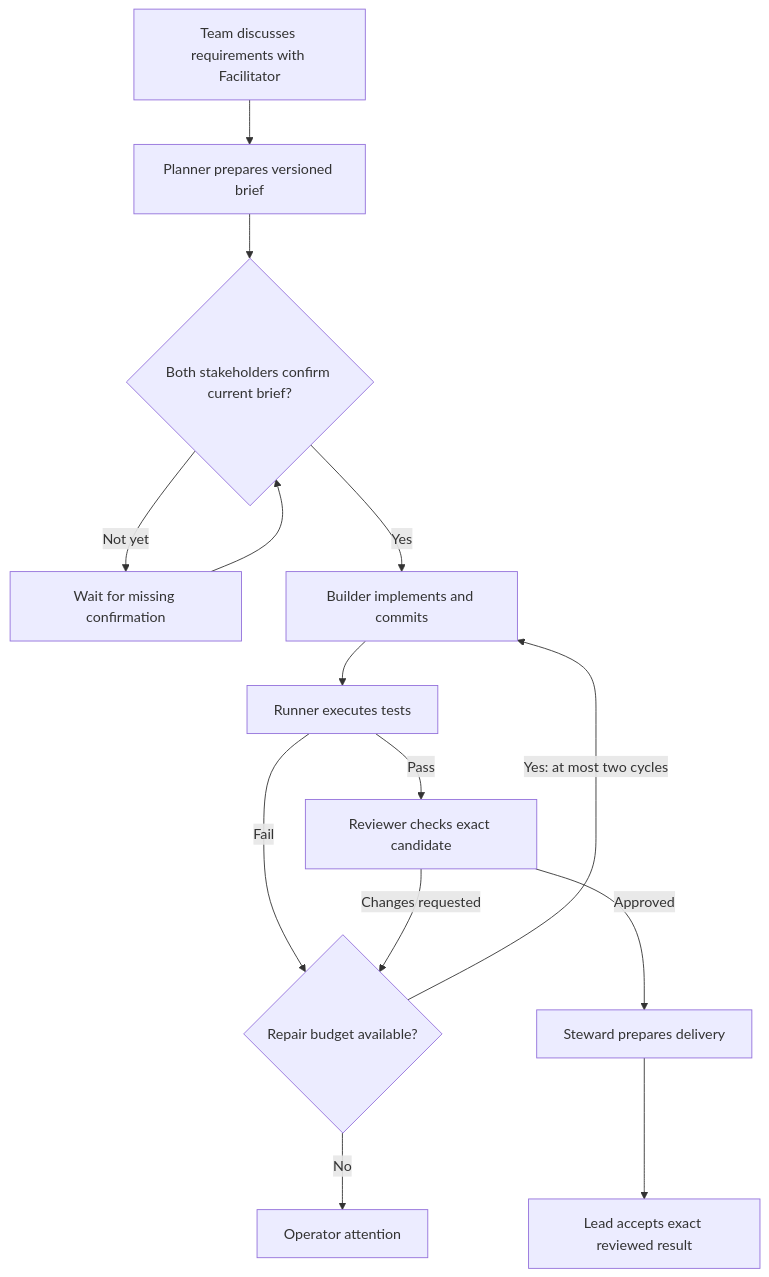
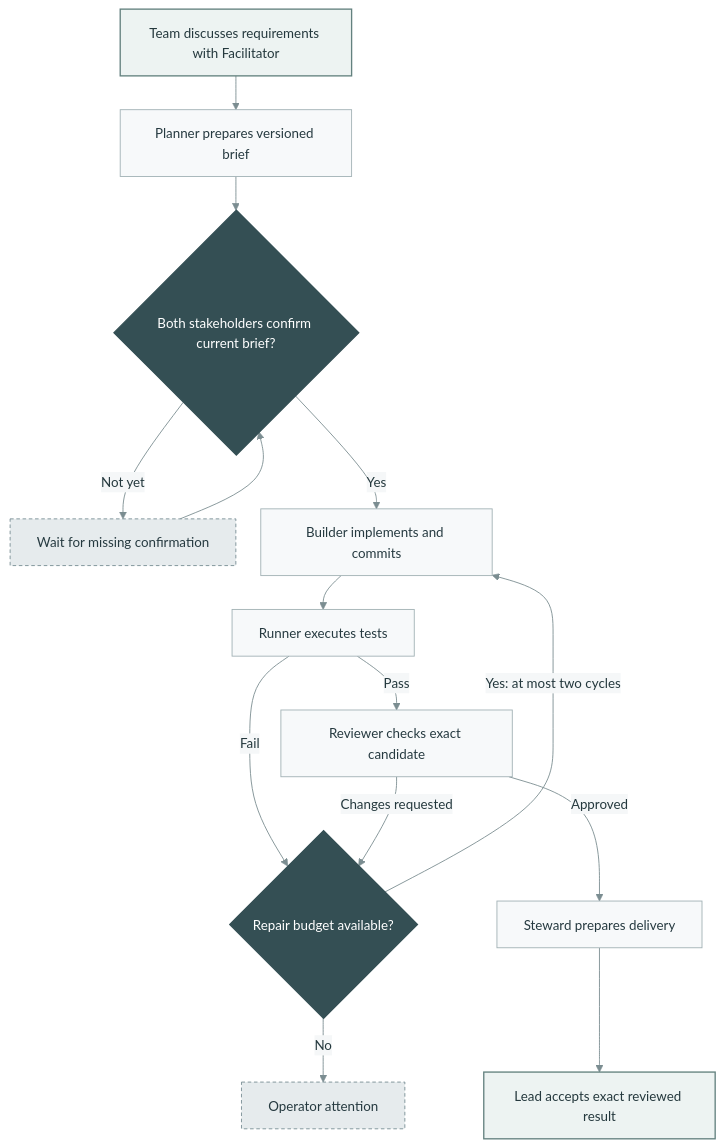
One commit to Pranay22077/pactroom changed the first of 2 diagrams in README.md. Above: the diagram before and after it, drawn with Mermaid. The commit also changed other lines of this file and 5 other files, not shown here.

````diff
--- a/README.md
+++ b/README.md
@@ -26,16 +32,26 @@
 ```mermaid
+%%{init: {"theme":"base","themeVariables":{"primaryColor":"#EDF3F2","primaryTextColor":"#24383D","primaryBorderColor":"#63817F","lineColor":"#7B8D91","secondaryColor":"#F5F7F8","tertiaryColor":"#E3EBED","fontFamily":"Arial, sans-serif","fontSize":"15px"},"flowchart":{"curve":"basis","nodeSpacing":28,"rankSpacing":38}}}%%
 flowchart TD
     Discuss[Team discusses requirements with Facilitator] --> Plan[Planner prepares versioned brief]
     Plan --> Gate{Both stakeholders confirm current brief?}
     Gate -->|Not yet| Wait[Wait for missing confirmation]
     Wait --> Gate
     Gate -->|Yes| Build[Builder implements and commits]
     Build --> Tests[Runner executes tests]
     Tests -->|Pass| Review[Reviewer checks exact candidate]
     Tests -->|Fail| Repair{Repair budget available?}
     Review -->|Changes requested| Repair
     Repair -->|Yes: at most two cycles| Build
     Repair -->|No| Attention[Operator attention]
     Review -->|Approved| Steward[Steward prepares delivery]
     Steward --> Accept[Lead accepts exact reviewed result]
+
+    classDef human fill:#EDF3F2,stroke:#63817F,color:#24383D,stroke-width:1.5px;
+    classDef process fill:#F7F9FA,stroke:#A1B1B4,color:#263A40;
+    classDef control fill:#344F54,stroke:#344F54,color:#FFFFFF,stroke-width:1.5px;
+    classDef hold fill:#E6EBED,stroke:#778C93,color:#263A40,stroke-dasharray:4 3;
+    class Discuss,Accept human;
+    class Plan,Build,Tests,Review,Steward process;
+    class Gate,Repair control;
+    class Wait,Attention hold;
 ```
````
